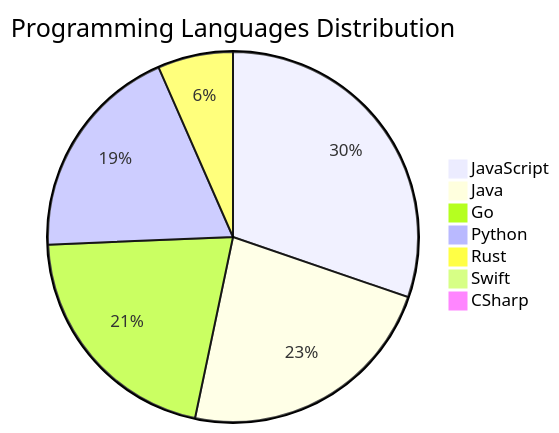
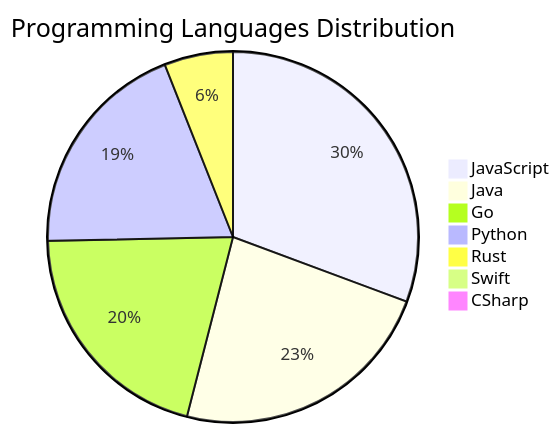
One commit to Derrick-MUGISHA/github-activity-bot changed the diagram in README.md. Above: the diagram before and after it, drawn with Mermaid. The commit also changed other lines of this file and 4 other files, not shown here.

````diff
--- a/README.md
+++ b/README.md
@@ -207,10 +207,10 @@
 ```mermaid
 pie title Programming Languages Distribution
     "JavaScript" : 46
     "Java" : 35
-    "Go" : 32
+    "Go" : 31
     "Python" : 29
-    "Rust" : 10
+    "Rust" : 9
     "Swift" : 1
     "CSharp" : 1
 ```
````
